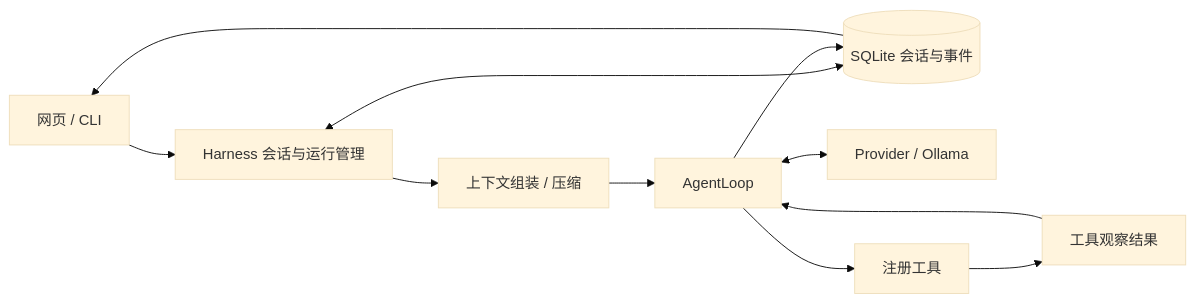
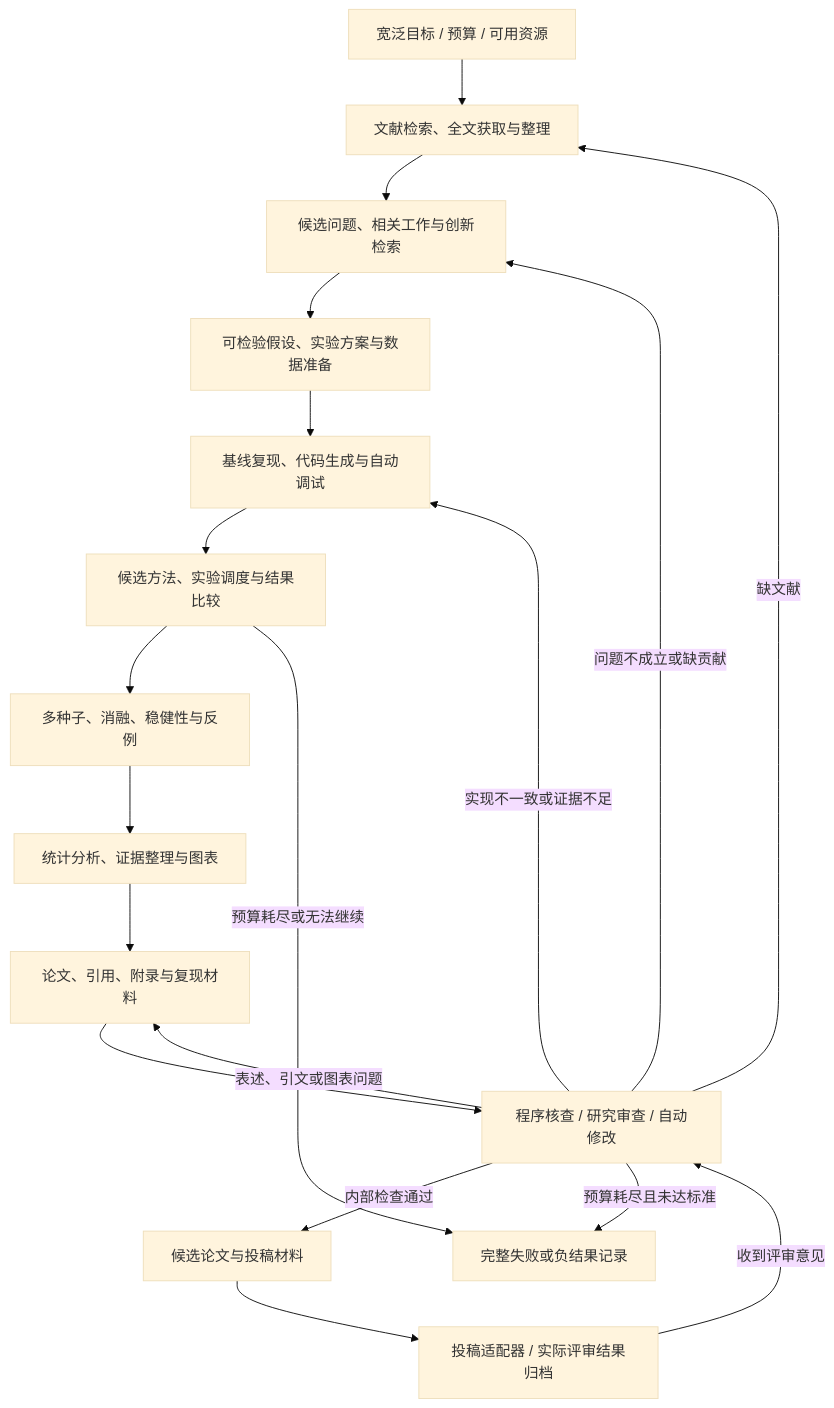
One commit to githud-yang/AIU-interview-2026 changed the diagram in docs/harness-plan.md. Above: the diagram before and after it, drawn with Mermaid (base theme). The commit also changed other lines of this file and 5 other files, not shown here.

````diff
--- a/docs/harness-plan.md
+++ b/docs/harness-plan.md
@@ -30,13 +41,21 @@
 ```mermaid
-flowchart LR
-    U[网页 / CLI] --> H[Harness 会话与运行管理]
-    H <--> S[(SQLite 会话与事件)]
-    H --> C[上下文组装 / 压缩]
-    C --> A[AgentLoop]
-    A <--> P[Provider / Ollama]
-    A --> T[注册工具]
-    T --> E[工具观察结果]
-    E --> A
-    A --> S
-    S --> U
+flowchart TD
+    A[宽泛目标 / 预算 / 可用资源] --> B[文献检索、全文获取与整理]
+    B --> C[候选问题、相关工作与创新检索]
+    C --> D[可检验假设、实验方案与数据准备]
+    D --> E[基线复现、代码生成与自动调试]
+    E --> F[候选方法、实验调度与结果比较]
+    F --> G[多种子、消融、稳健性与反例]
+    G --> H[统计分析、证据整理与图表]
+    H --> I[论文、引用、附录与复现材料]
+    I --> J[程序核查 / 研究审查 / 自动修改]
+    J -->|缺文献| B
+    J -->|问题不成立或缺贡献| C
+    J -->|实现不一致或证据不足| E
+    J -->|表述、引文或图表问题| I
+    J -->|内部检查通过| K[候选论文与投稿材料]
+    K --> L[投稿适配器 / 实际评审结果归档]
+    L -->|收到评审意见| J
+    F -->|预算耗尽或无法继续| X[完整失败或负结果记录]
+    J -->|预算耗尽且未达标准| X
 ```
````
